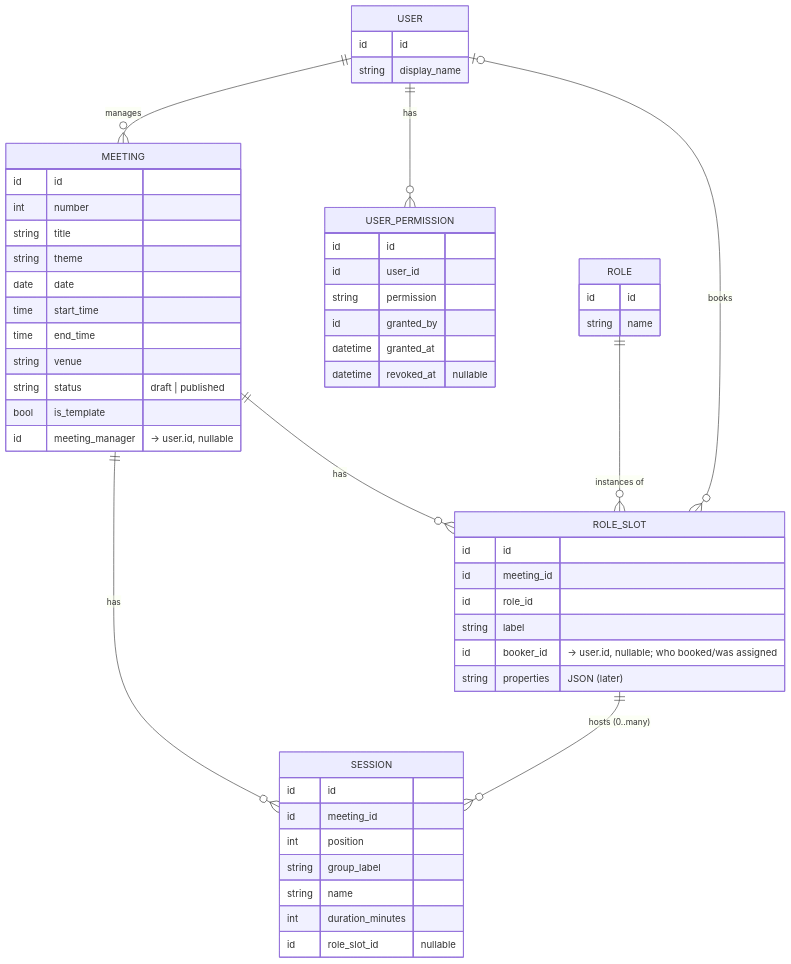
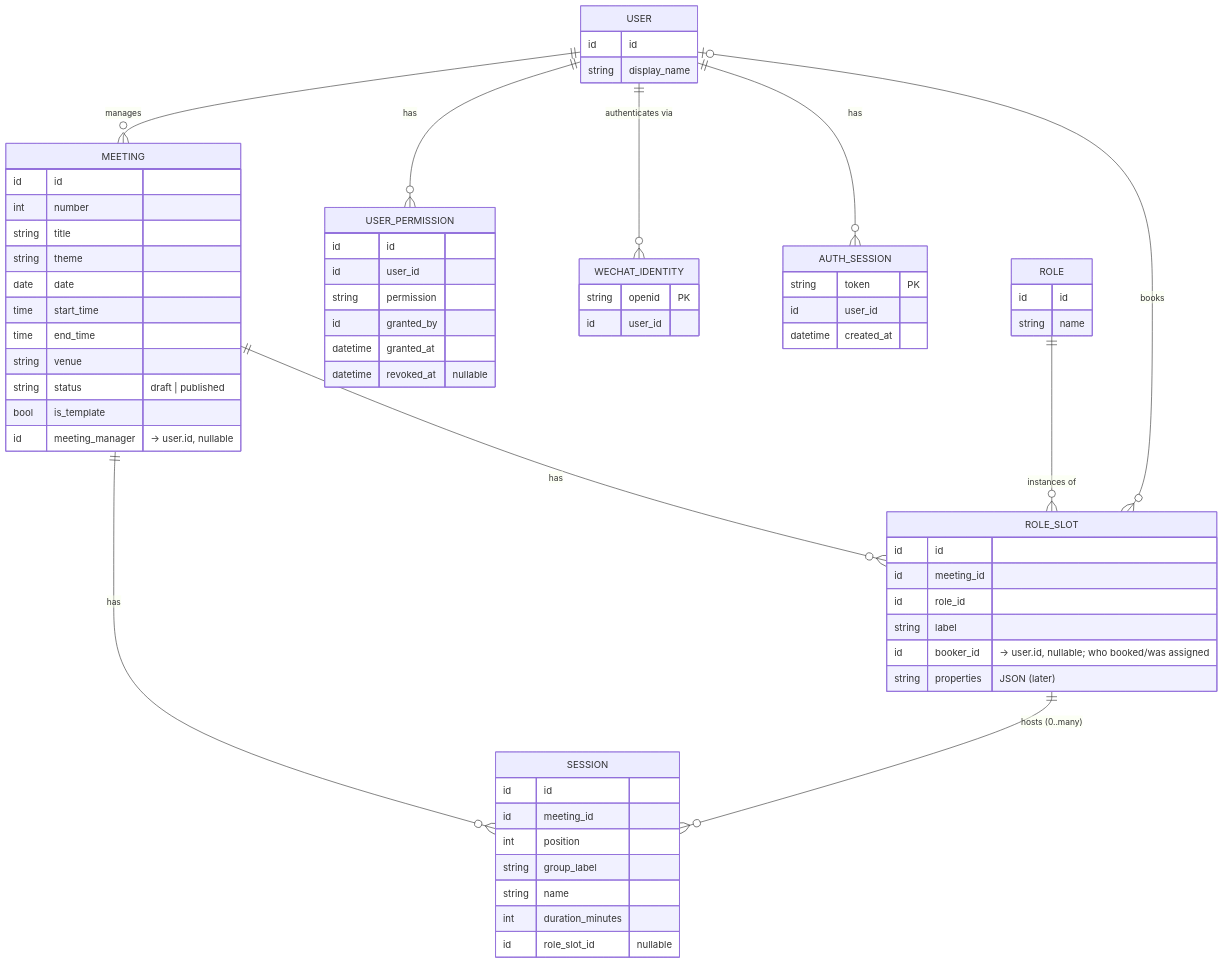
Before and after one commit to misu-tmc/misu: the diagram in design/storage/schema.md, drawn with Mermaid. The commit also changed other lines of this file, not shown here.

Commit message:
Document auth tables (wechat_identity, auth_session) in schema

````diff
--- a/design/storage/schema.md
+++ b/design/storage/schema.md
@@ -14,57 +15,68 @@
 ```mermaid
 erDiagram
     USER      ||--o{ MEETING   : manages
     USER      ||--o{ USER_PERMISSION : has
+    USER      ||--o{ WECHAT_IDENTITY : "authenticates via"
+    USER      ||--o{ AUTH_SESSION : has
     MEETING   ||--o{ SESSION   : has
     MEETING   ||--o{ ROLE_SLOT : has
     ROLE      ||--o{ ROLE_SLOT : "instances of"
     ROLE_SLOT ||--o{ SESSION   : "hosts (0..many)"
     USER      |o--o{ ROLE_SLOT : "books"
 
     USER {
         id     id
         string display_name
+    }
+    WECHAT_IDENTITY {
+        string openid "PK"
+        id     user_id
+    }
+    AUTH_SESSION {
+        string   token "PK"
+        id       user_id
+        datetime created_at
     }
     USER_PERMISSION {
         id       id
         id       user_id
         string   permission
         id       granted_by
         datetime granted_at
         datetime revoked_at "nullable"
     }
     MEETING {
         id     id
         int    number
         string title
         string theme
         date   date
         time   start_time
         time   end_time
         string venue
         string status "draft | published"
         bool   is_template
         id     meeting_manager "-> user.id, nullable"
     }
     SESSION {
         id     id
         id     meeting_id
         int    position
         string group_label
         string name
         int    duration_minutes
         id     role_slot_id "nullable"
     }
     ROLE {
         id     id
         string name
     }
     ROLE_SLOT {
         id     id
         id     meeting_id
         id     role_id
         string label
         id     booker_id "-> user.id, nullable; who booked/was assigned"
         string properties "JSON (later)"
     }
 ```
````
